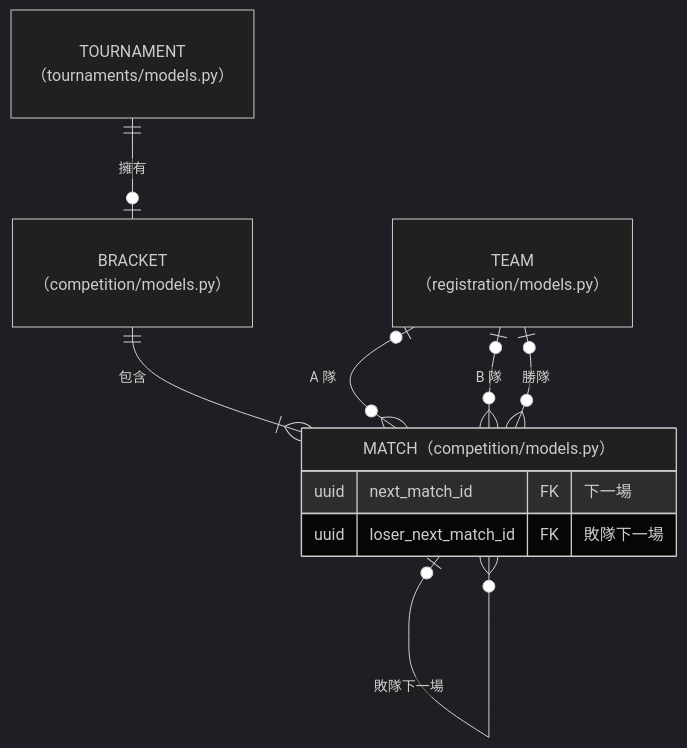
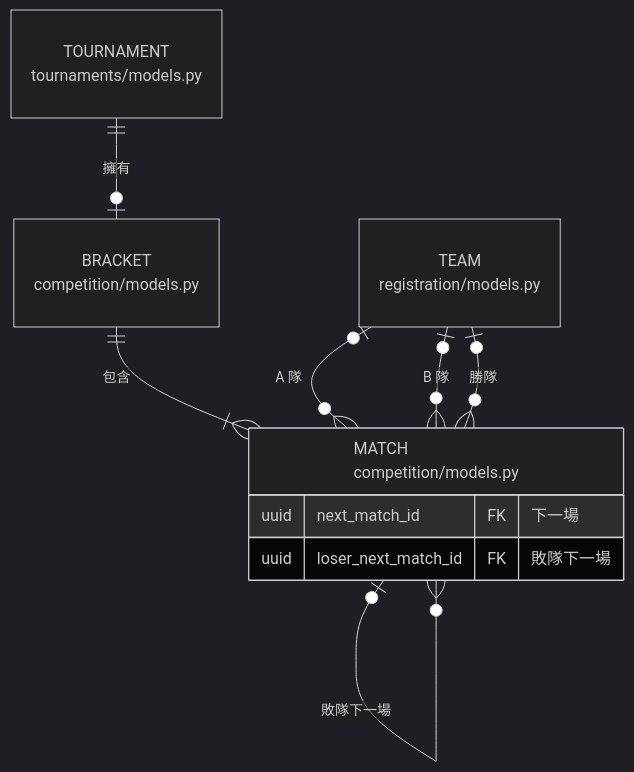
Before and after one commit to Team14good/esport-platform: the eighth of 19 diagrams in docs/midterm/B-軟體需求分析文件.md, drawn with Mermaid (dark theme). The commit also changed other lines of this file and 27 other files, not shown here.

First line of the commit message:
docs: B、C、D 其餘的圖全部對照程式標註 (#92)

````diff
--- a/docs/midterm/B-軟體需求分析文件.md
+++ b/docs/midterm/B-軟體需求分析文件.md
@@ -747,17 +768,17 @@
 ```mermaid
 erDiagram
-  TOURNAMENT["TOURNAMENT（tournaments/models.py）"]
-  BRACKET["BRACKET（competition/models.py）"]
-  MATCH["MATCH（competition/models.py）"] {
+  TOURNAMENT["TOURNAMENT<br/>tournaments/models.py"]
+  BRACKET["BRACKET<br/>competition/models.py"]
+  MATCH["MATCH<br/>competition/models.py"] {
     uuid next_match_id FK "下一場"
     uuid loser_next_match_id FK "敗隊下一場"
   }
-  TEAM["TEAM（registration/models.py）"]
+  TEAM["TEAM<br/>registration/models.py"]
   TOURNAMENT ||--o| BRACKET : "擁有"
   BRACKET ||--|{ MATCH : "包含"
   TEAM |o--o{ MATCH : "A 隊"
   TEAM |o--o{ MATCH : "B 隊"
   TEAM |o--o{ MATCH : "勝隊"
   MATCH |o--o{ MATCH : "下一場"
   MATCH |o--o{ MATCH : "敗隊下一場"
 ```
````
